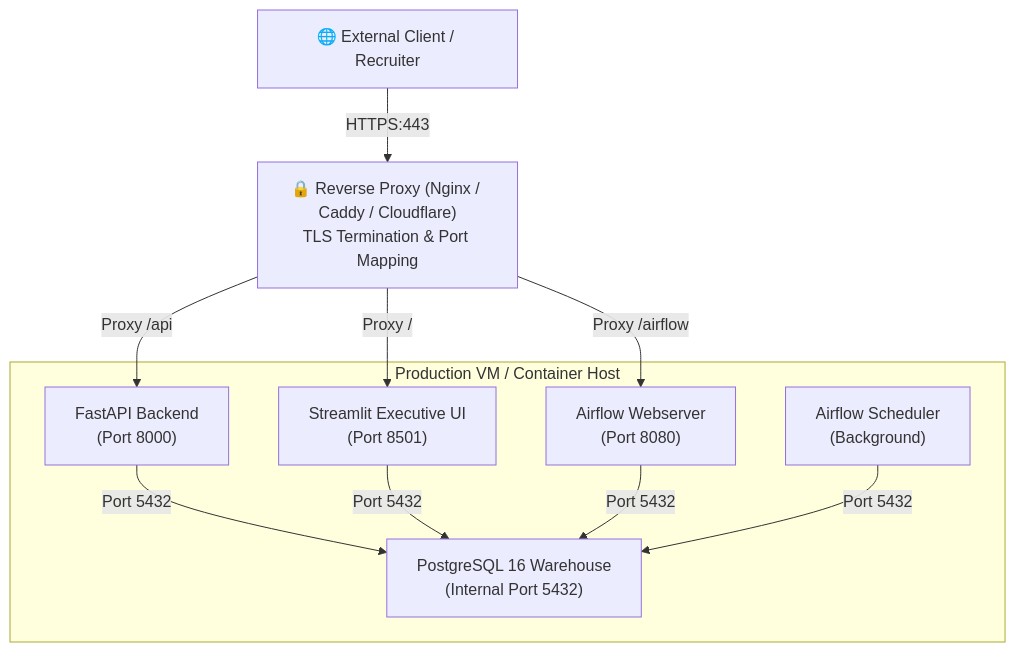
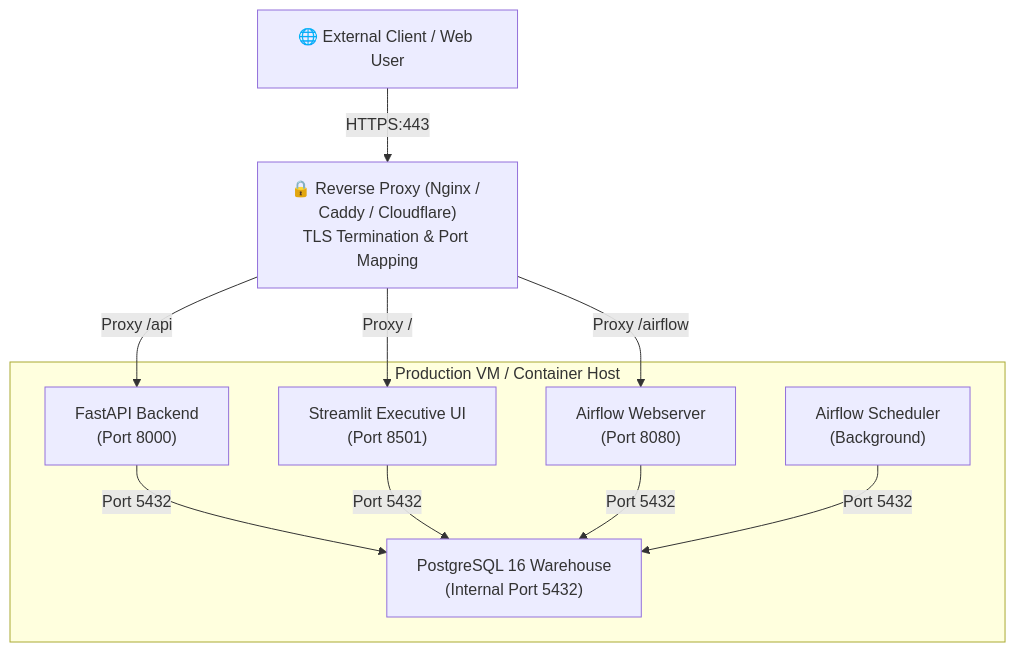
The first of 2 diagrams in docs/runbooks/deployment.md (mrsimiloluwa/financial-services-analytics-platform), drawn with Mermaid before and after one commit. The commit also changed other lines of this file and 11 other files, not shown here.

````diff
--- a/docs/runbooks/deployment.md
+++ b/docs/runbooks/deployment.md
@@ -7,22 +7,22 @@
 ```mermaid
 graph TD
-    Client["🌐 External Client / Recruiter"]
+    Client["🌐 External Client / Web User"]
     ReverseProxy["🔒 Reverse Proxy (Nginx / Caddy / Cloudflare)<br/>TLS Termination & Port Mapping"]
     
     subgraph Docker_Compose_Host ["Production VM / Container Host"]
         API["FastAPI Backend<br/>(Port 8000)"]
         Dashboard["Streamlit Executive UI<br/>(Port 8501)"]
         Postgres["PostgreSQL 16 Warehouse<br/>(Internal Port 5432)"]
         AirflowWeb["Airflow Webserver<br/>(Port 8080)"]
         AirflowSched["Airflow Scheduler<br/>(Background)"]
     end
 
     Client -->|HTTPS:443| ReverseProxy
     ReverseProxy -->|Proxy /api| API
     ReverseProxy -->|Proxy /| Dashboard
     ReverseProxy -->|Proxy /airflow| AirflowWeb
     API -->|Port 5432| Postgres
     Dashboard -->|Port 5432| Postgres
     AirflowWeb -->|Port 5432| Postgres
     AirflowSched -->|Port 5432| Postgres
 ```
````
